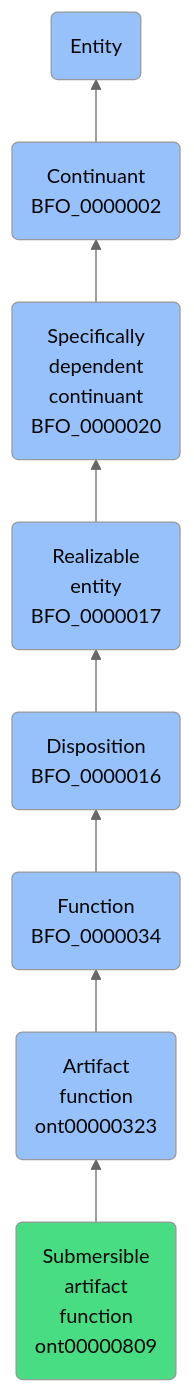
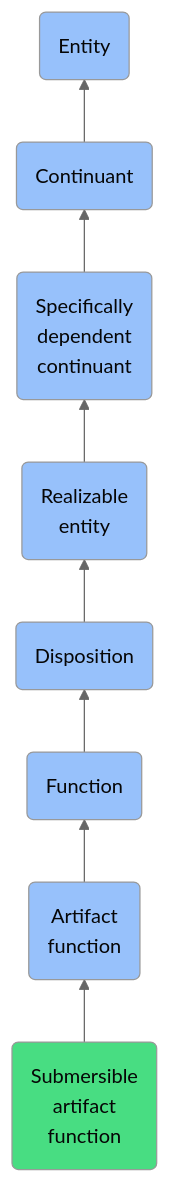
Before and after one commit to jupyter-naas/abi: the diagram in docs/ontology/reference/model/Entity/Continuant/Specifically dependent continuant/Realizable entity/Disposition/Function/Artifact function/Submersible artifact function/Submersible artifact function.md, drawn with Mermaid (neutral theme). The commit also changed other lines of this file and 1430 other files, not shown here.

````diff
--- a/docs/ontology/reference/model/Entity/Continuant/Specifically dependent continuant/Realizable entity/Disposition/Function/Artifact function/Submersible artifact function/Submersible artifact function.md
+++ b/docs/ontology/reference/model/Entity/Continuant/Specifically dependent continuant/Realizable entity/Disposition/Function/Artifact function/Submersible artifact function/Submersible artifact function.md
@@ -24,15 +24,15 @@
 ```mermaid
 graph BT
-    ont00000809(Submersible<br>artifact<br>function<br>ont00000809):::ABI-->ont00000323
-    ont00000323(Artifact<br>function<br>ont00000323):::BFO-->BFO_0000034
-    BFO_0000034(Function<br>BFO_0000034):::BFO-->BFO_0000016
-    BFO_0000016(Disposition<br>BFO_0000016):::BFO-->BFO_0000017
-    BFO_0000017(Realizable<br>entity<br>BFO_0000017):::BFO-->BFO_0000020
-    BFO_0000020(Specifically<br>dependent<br>continuant<br>BFO_0000020):::BFO-->BFO_0000002
-    BFO_0000002(Continuant<br>BFO_0000002):::BFO-->BFO_0000001
+    ont00000809(Submersible<br>artifact<br>function):::ABI-->ont00000323
+    ont00000323(Artifact<br>function):::BFO-->BFO_0000034
+    BFO_0000034(Function):::BFO-->BFO_0000016
+    BFO_0000016(Disposition):::BFO-->BFO_0000017
+    BFO_0000017(Realizable<br>entity):::BFO-->BFO_0000020
+    BFO_0000020(Specifically<br>dependent<br>continuant):::BFO-->BFO_0000002
+    BFO_0000002(Continuant):::BFO-->BFO_0000001
     BFO_0000001(Entity):::BFO
     
     classDef BFO fill:#97c1fb,color:#060606
     classDef CCO fill:#e4c51e,color:#060606
     classDef ABI fill:#48DD82,color:#060606
 ```
````
